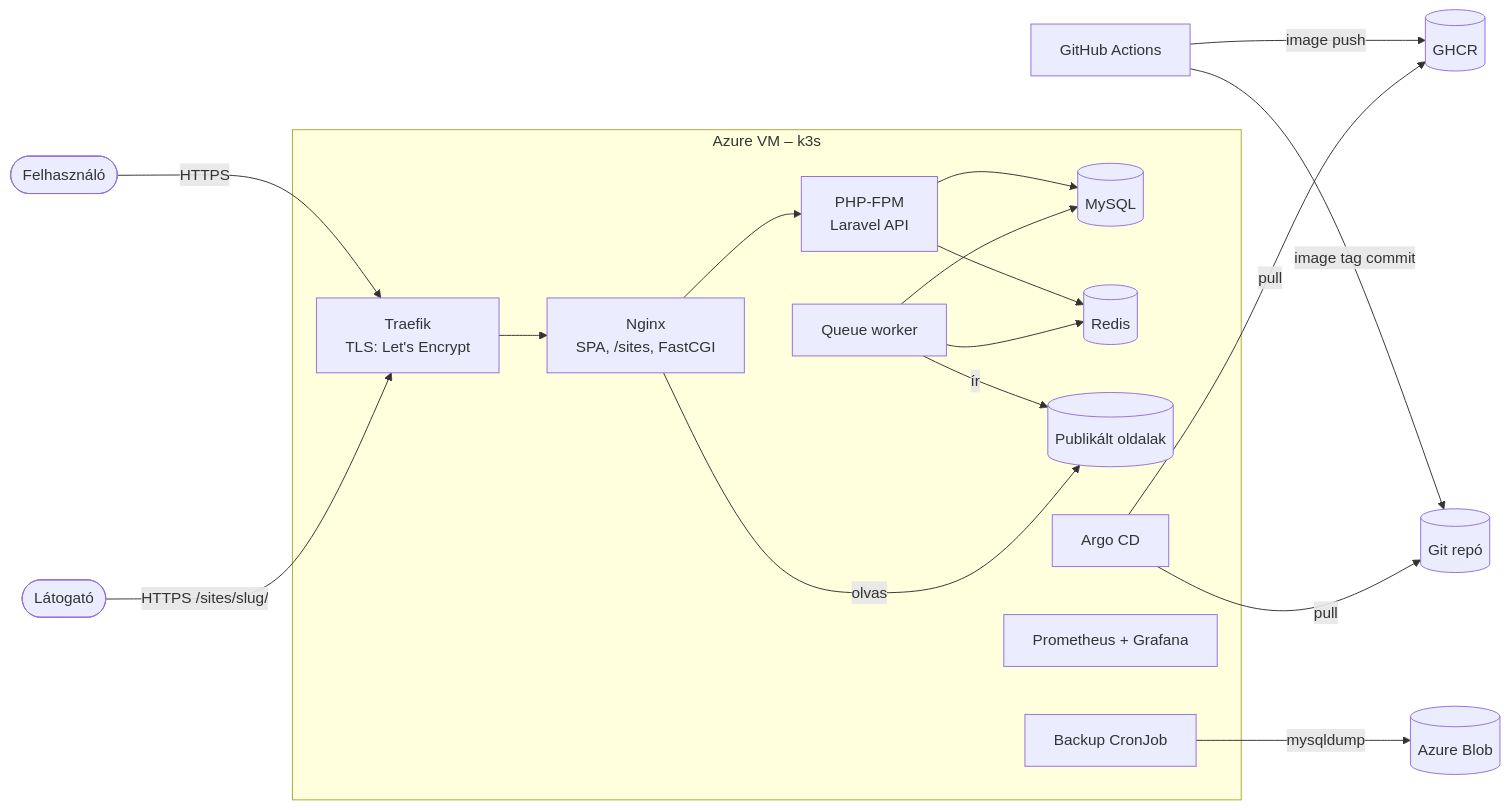
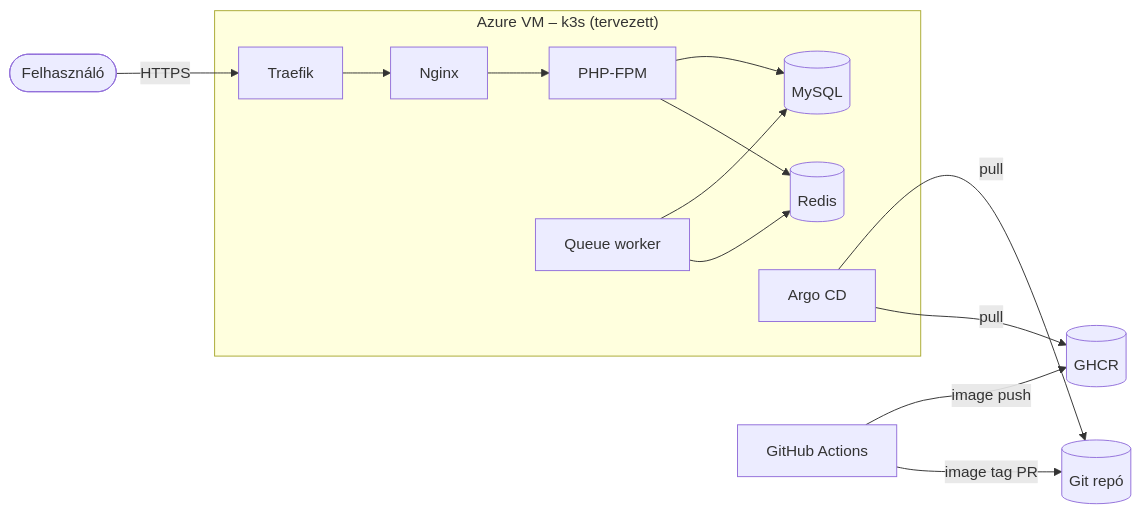
The second of 2 diagrams in docs/architecture.md (Pgabo99/PageBuilder), drawn with Mermaid before and after one commit. The commit also changed other lines of this file, not shown here.

Commit message:
Architektúra: futó Compose-rendszer és tervezett Azure + k3s külön ábrán

````diff
--- a/docs/architecture.md
+++ b/docs/architecture.md
@@ -9,29 +51,22 @@
 ```mermaid
 flowchart LR
   user([Felhasználó]) -->|HTTPS| traefik
-  visitor([Látogató]) -->|HTTPS /sites/slug/| traefik
   gh[GitHub Actions] -->|image push| ghcr[(GHCR)]
-  gh -->|image tag commit| repo[(Git repó)]
+  gh -->|image tag PR| repo[(Git repó)]
 
-  subgraph vm[Azure VM – k3s]
-    traefik[Traefik<br/>TLS: Let's Encrypt]
-    nginx[Nginx<br/>SPA, /sites, FastCGI]
-    php[PHP-FPM<br/>Laravel API]
+  subgraph vm["Azure VM – k3s (tervezett)"]
+    traefik[Traefik]
+    nginx[Nginx]
+    php[PHP-FPM]
     worker[Queue worker]
     mysql[(MySQL)]
     redis[(Redis)]
-    sites[(Publikált oldalak)]
     argocd[Argo CD]
-    mon[Prometheus + Grafana]
-    backup[Backup CronJob]
   end
 
   traefik --> nginx --> php
   php --> mysql & redis
   worker --> mysql & redis
-  worker -->|ír| sites
-  nginx -->|olvas| sites
   argocd -->|pull| repo
   argocd -->|pull| ghcr
-  backup -->|mysqldump| blob[(Azure Blob)]
 ```
````
